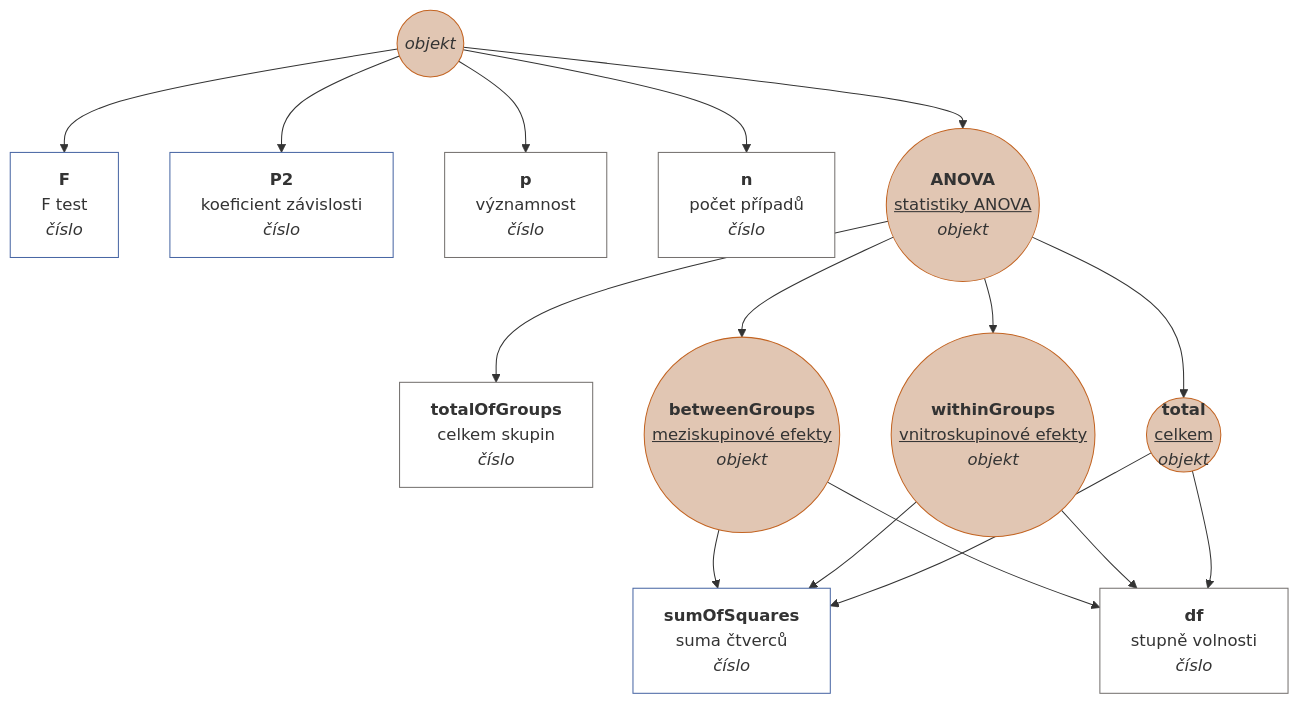
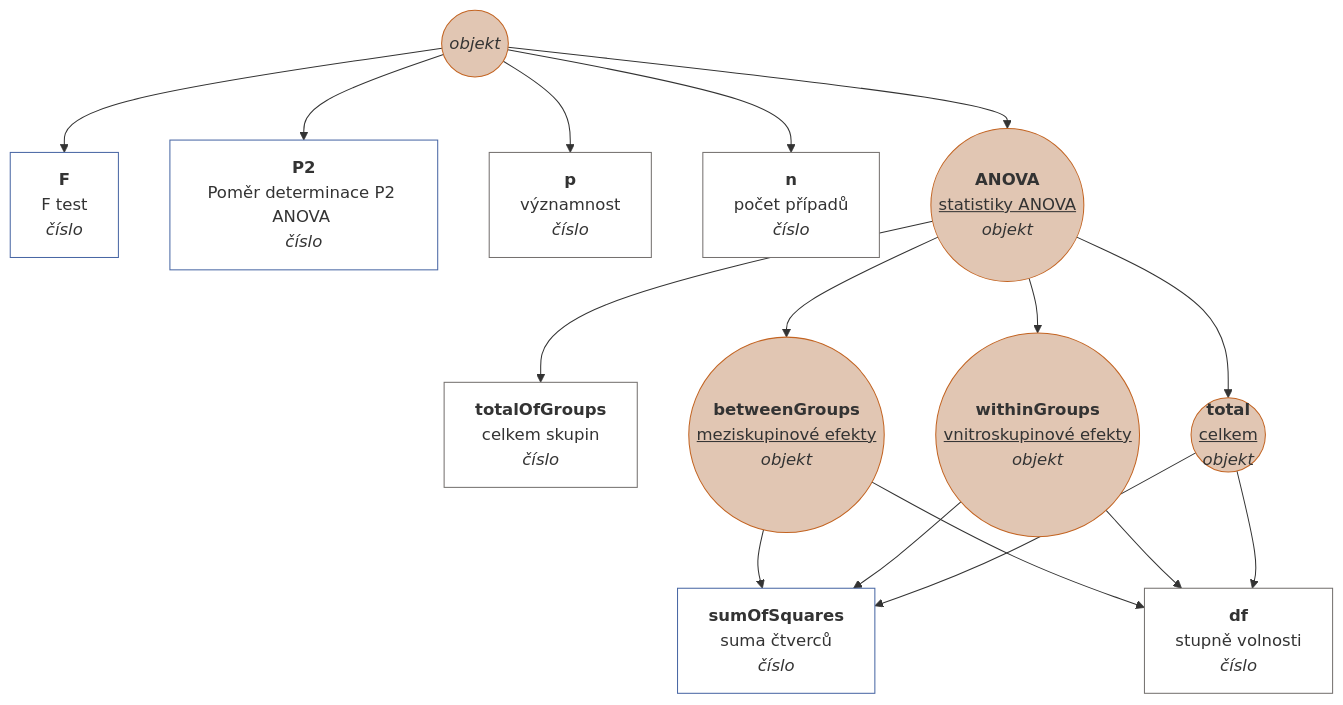
Before and after one commit to muzikp/retusa: the eighth of 14 diagrams in docs/cs-CZ/matrix.md, drawn with Mermaid. The commit also changed other lines of this file and 11 other files, not shown here.

````diff
--- a/docs/cs-CZ/matrix.md
+++ b/docs/cs-CZ/matrix.md
@@ -377,56 +376,56 @@
 ```mermaid
 graph TD
 anovaow((<i>objekt</i>))
 style anovaow fill:#E1C6B3;
 style anovaow stroke:#C36422;
 anovaow --> F[<b>F</b><br>F test <br><i>číslo</i>]
 style F fill:#FFFFFF;
 style F stroke:#4967A4;
-anovaow --> P2[<b>P2</b><br>koeficient závislosti <br><i>číslo</i>]
+anovaow --> P2[<b>P2</b><br>Poměr determinace P2 ANOVA <br><i>číslo</i>]
 style P2 fill:#FFFFFF;
 style P2 stroke:#4967A4;
 anovaow --> p[<b>p</b><br>významnost <br><i>číslo</i>]
 style p fill:#FFFFFF;
 style p stroke:#75716F;
 anovaow --> n[<b>n</b><br>počet případů <br><i>číslo</i>]
 style n fill:#FFFFFF;
 style n stroke:#75716F;
 anovaow --> ANOVA((<b>ANOVA</b><br><u>statistiky ANOVA</u>))
 ANOVA((<b>ANOVA</b><br><u>statistiky ANOVA</u><br><i>objekt</i>))
 style ANOVA fill:#E1C6B3;
 style ANOVA stroke:#C36422;
 ANOVA --> totalOfGroups[<b>totalOfGroups</b><br>celkem skupin <br><i>číslo</i>]
 style totalOfGroups fill:#FFFFFF;
 style totalOfGroups stroke:#75716F;
 ANOVA --> betweenGroups((<b>betweenGroups</b><br><u>meziskupinové efekty</u>))
 betweenGroups((<b>betweenGroups</b><br><u>meziskupinové efekty</u><br><i>objekt</i>))
 style betweenGroups fill:#E1C6B3;
 style betweenGroups stroke:#C36422;
 betweenGroups --> sumOfSquares[<b>sumOfSquares</b><br>suma čtverců <br><i>číslo</i>]
 style sumOfSquares fill:#FFFFFF;
 style sumOfSquares stroke:#4967A4;
 betweenGroups --> df[<b>df</b><br>stupně volnosti <br><i>číslo</i>]
 style df fill:#FFFFFF;
 style df stroke:#75716F;
 ANOVA --> withinGroups((<b>withinGroups</b><br><u>vnitroskupinové efekty</u>))
 withinGroups((<b>withinGroups</b><br><u>vnitroskupinové efekty</u><br><i>objekt</i>))
 style withinGroups fill:#E1C6B3;
 style withinGroups stroke:#C36422;
 withinGroups --> sumOfSquares[<b>sumOfSquares</b><br>suma čtverců <br><i>číslo</i>]
 style sumOfSquares fill:#FFFFFF;
 style sumOfSquares stroke:#4967A4;
 withinGroups --> df[<b>df</b><br>stupně volnosti <br><i>číslo</i>]
 style df fill:#FFFFFF;
 style df stroke:#75716F;
 ANOVA --> total((<b>total</b><br><u>celkem</u>))
 total((<b>total</b><br><u>celkem</u><br><i>objekt</i>))
 style total fill:#E1C6B3;
 style total stroke:#C36422;
 total --> sumOfSquares[<b>sumOfSquares</b><br>suma čtverců <br><i>číslo</i>]
 style sumOfSquares fill:#FFFFFF;
 style sumOfSquares stroke:#4967A4;
 total --> df[<b>df</b><br>stupně volnosti <br><i>číslo</i>]
 style df fill:#FFFFFF;
 style df stroke:#75716F;
 
 ```
````
